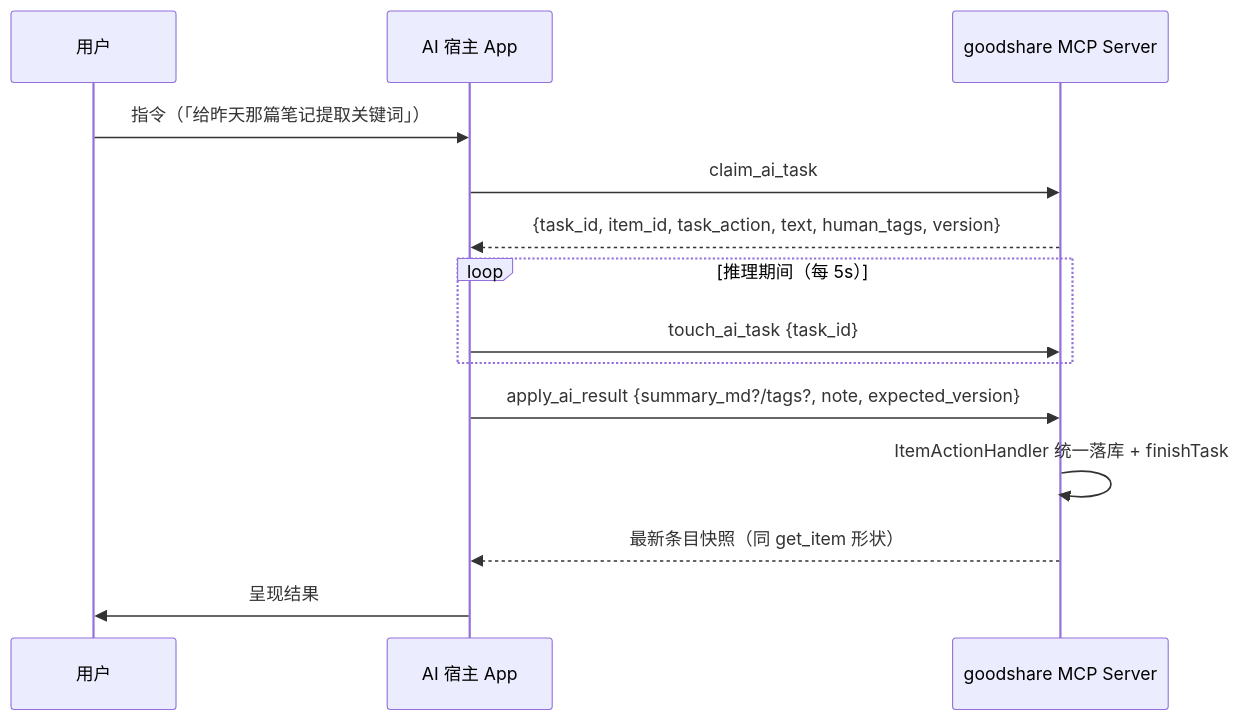
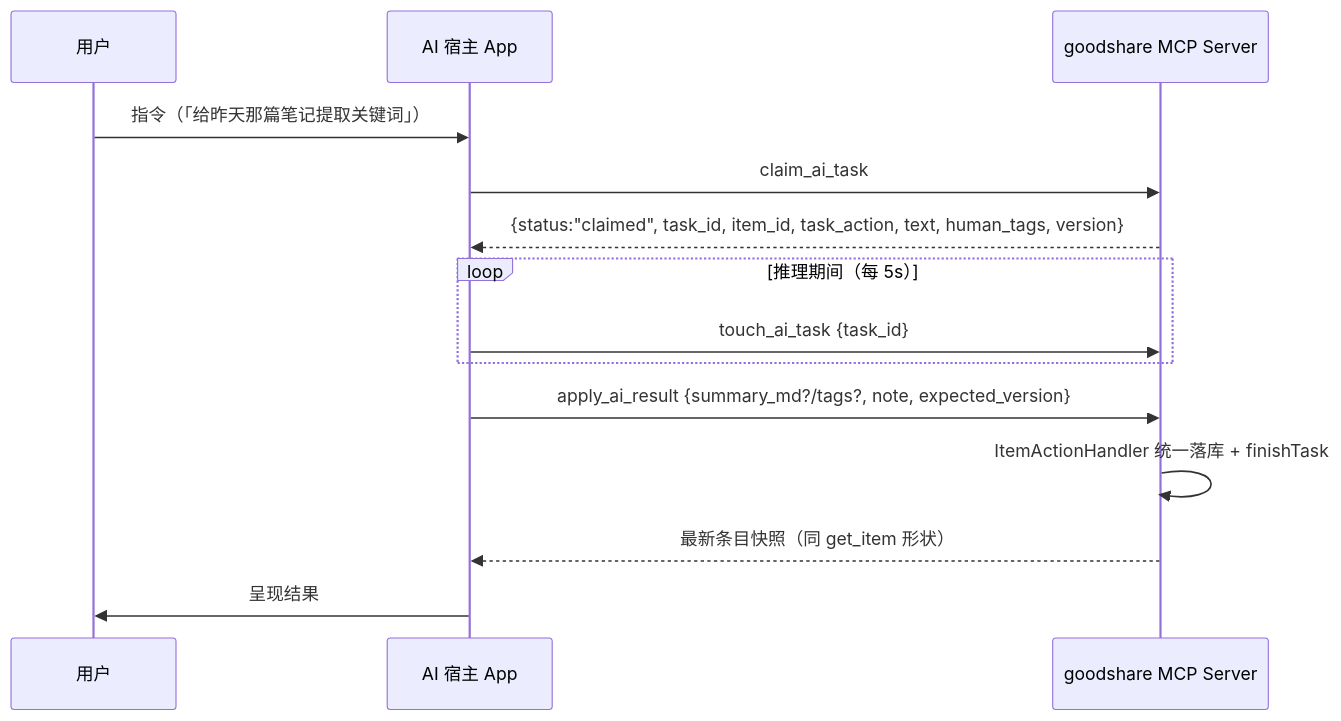
One commit to loveheng/goodshare changed the diagram in docs/design/ai-app-split.md. Above: the diagram before and after it, drawn with Mermaid. The commit also changed other lines of this file and 7 other files, not shown here.

````diff
--- a/docs/design/ai-app-split.md
+++ b/docs/design/ai-app-split.md
@@ -37,16 +37,16 @@
 ```mermaid
 sequenceDiagram
     participant U as 用户
     participant H as AI 宿主 App
     participant G as goodshare MCP Server
     U->>H: 指令（「给昨天那篇笔记提取关键词」）
     H->>G: claim_ai_task
-    G-->>H: {task_id, item_id, task_action, text, human_tags, version}
+    G-->>H: {status:"claimed", task_id, item_id, task_action, text, human_tags, version}
     loop 推理期间（每 5s）
         H->>G: touch_ai_task {task_id}
     end
     H->>G: apply_ai_result {summary_md?/tags?, note, expected_version}
     G->>G: ItemActionHandler 统一落库 + finishTask
     G-->>H: 最新条目快照（同 get_item 形状）
     H->>U: 呈现结果
 ```
````
